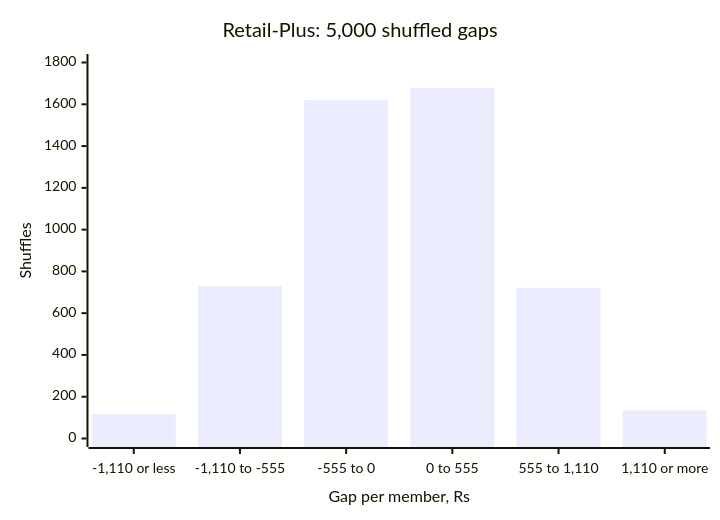
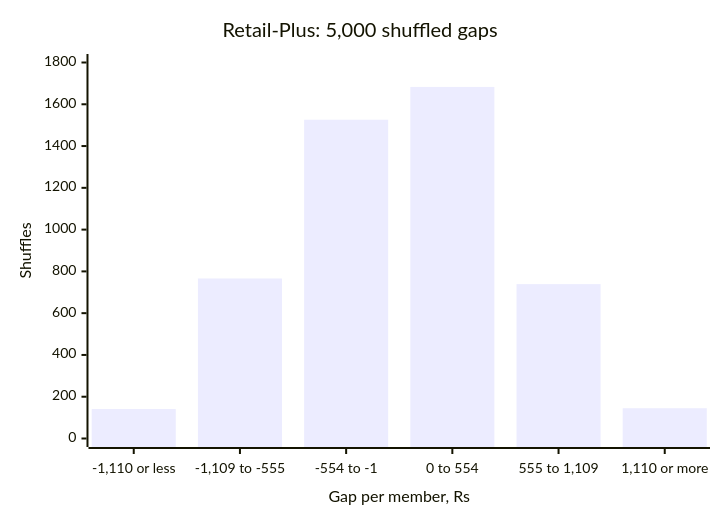
One commit to fde-academy-lab/c2-content-factory changed the fourth of 6 diagrams in content/W01/SAT/paper/C2_W01_SAT_recap_paper_STUDENT.md. Above: the diagram before and after it, drawn with Mermaid. The commit also changed other lines of this file and 7 other files, not shown here.

````diff
--- a/content/W01/SAT/paper/C2_W01_SAT_recap_paper_STUDENT.md
+++ b/content/W01/SAT/paper/C2_W01_SAT_recap_paper_STUDENT.md
@@ -323,7 +345,7 @@
 ```mermaid
 xychart-beta
   title "Retail-Plus: 5,000 shuffled gaps"
-  x-axis "Gap per member, Rs" ["-1,110 or less", "-1,110 to -555", "-555 to 0", "0 to 555", "555 to 1,110", "1,110 or more"]
+  x-axis "Gap per member, Rs" ["-1,110 or less", "-1,109 to -555", "-554 to -1", "0 to 554", "555 to 1,109", "1,110 or more"]
   y-axis "Shuffles" 0 --> 1800
-  bar [117, 728, 1620, 1679, 721, 135]
+  bar [141, 766, 1526, 1683, 739, 145]
 ```
````
